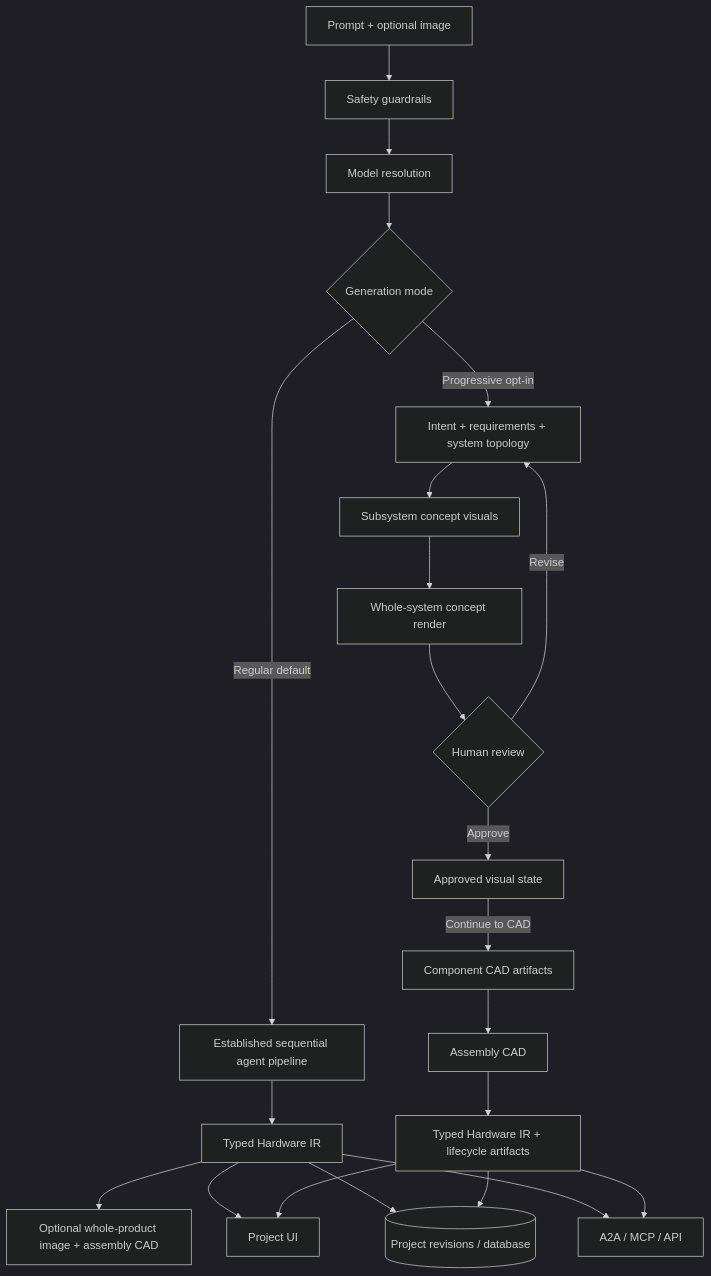
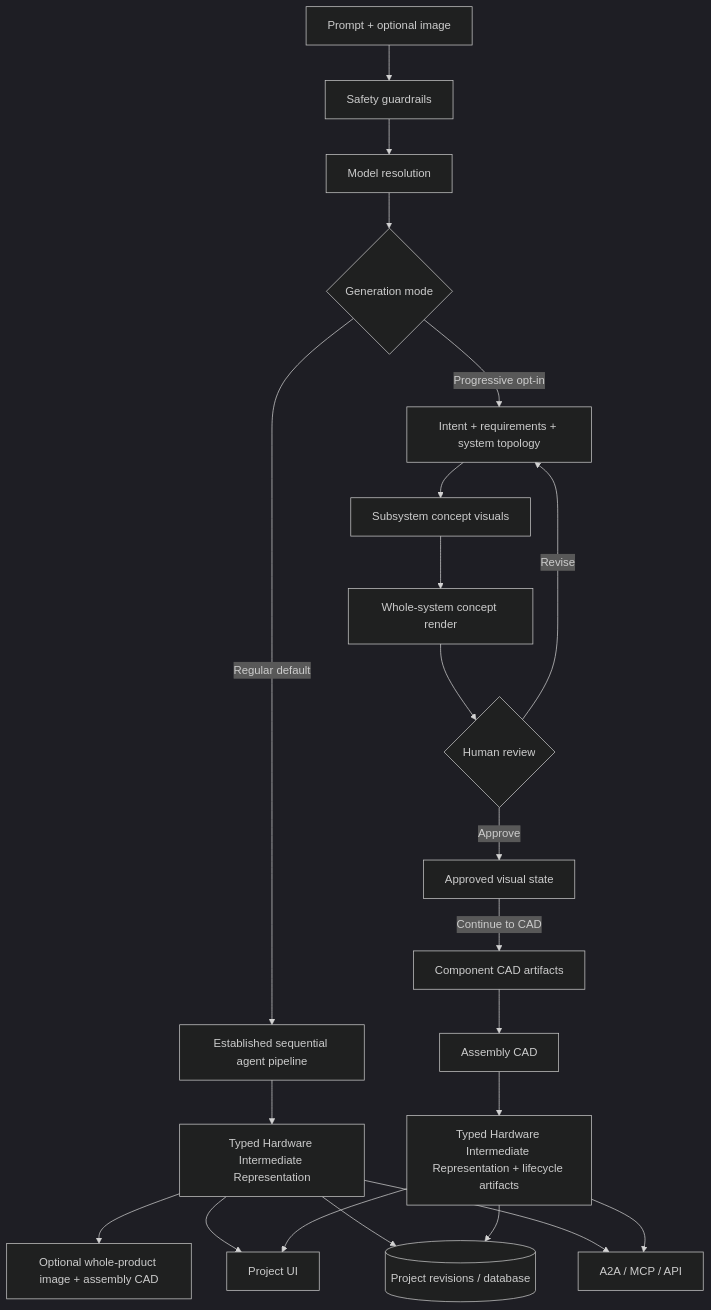
The diagram in docs/architecture.md (caid-technologies/Forma-OSS), drawn with Mermaid (dark theme) before and after one commit. The commit also changed other lines of this file and 94 other files, not shown here.

First line of the commit message:
Rename HardwareIR to HardwareIntermediateRepresentation (#554)

````diff
--- a/docs/architecture.md
+++ b/docs/architecture.md
@@ -74,27 +74,27 @@
 ```mermaid
 flowchart TD
   A[Prompt + optional image] --> S[Safety guardrails]
   S --> M[Model resolution]
   M --> Q{Generation mode}
 
   Q -->|Regular default| R[Established sequential agent pipeline]
-  R --> RI[Typed Hardware IR]
+  R --> RI[Typed Hardware Intermediate Representation]
   RI --> RO[Optional whole-product image + assembly CAD]
 
   Q -->|Progressive opt-in| P1[Intent + requirements + system topology]
   P1 --> P2[Subsystem concept visuals]
   P2 --> P3[Whole-system concept render]
   P3 --> P4{Human review}
   P4 -->|Revise| P1
   P4 -->|Approve| P5[Approved visual state]
   P5 -->|Continue to CAD| P6[Component CAD artifacts]
   P6 --> P7[Assembly CAD]
-  P7 --> PI[Typed Hardware IR + lifecycle artifacts]
+  P7 --> PI[Typed Hardware Intermediate Representation + lifecycle artifacts]
 
   RI --> UI[Project UI]
   PI --> UI
   RI --> DB[(Project revisions / database)]
   PI --> DB
   RI --> A2A[A2A / MCP / API]
   PI --> A2A
 ```
````
